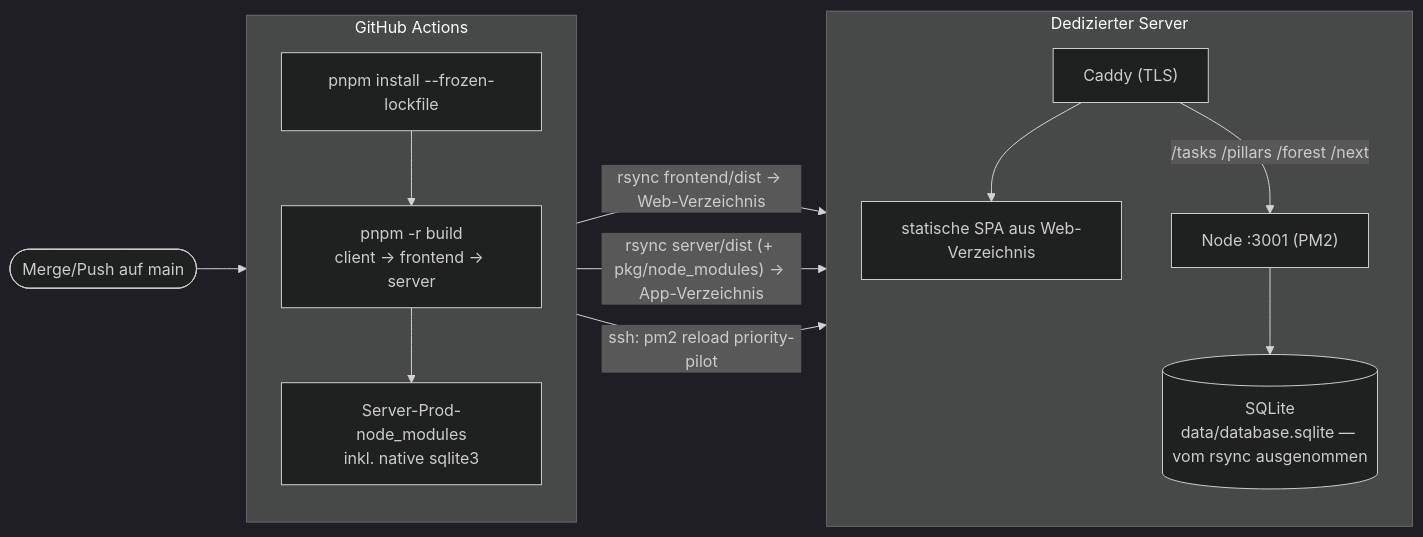
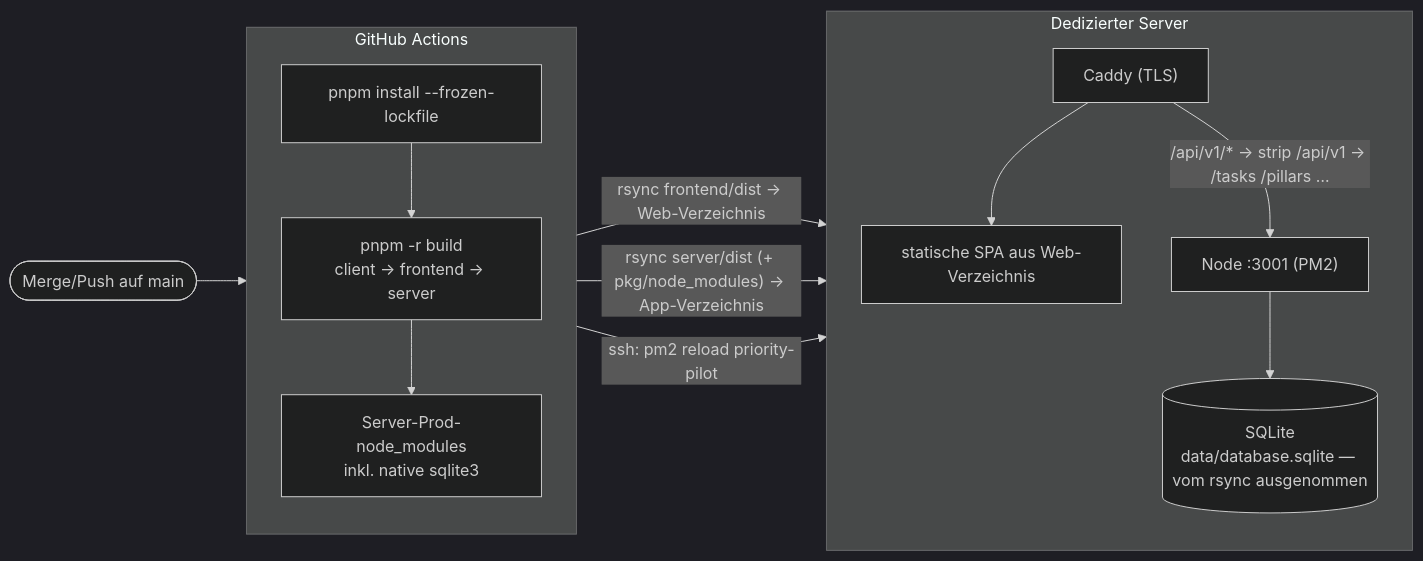
One commit to deleonio/priority-pilot changed the first of 2 diagrams in docs/deployment.md. Above: the diagram before and after it, drawn with Mermaid (dark theme). The commit also changed other lines of this file and 3 other files, not shown here.

Commit message:
docs: update Caddy config for /api/v1/* prefix routing (#171)

````diff
--- a/docs/deployment.md
+++ b/docs/deployment.md
@@ -34,21 +34,21 @@
 ```mermaid
 flowchart LR
     merge([Merge/Push auf main]) --> gha
 
     subgraph gha["GitHub Actions"]
         direction TB
         b1["pnpm install --frozen-lockfile"] --> b2["pnpm -r build<br/>client → frontend → server"]
         b2 --> b3["Server-Prod-node_modules<br/>inkl. native sqlite3"]
     end
 
     gha -- "rsync frontend/dist → Web-Verzeichnis" --> host
     gha -- "rsync server/dist (+ pkg/node_modules) → App-Verzeichnis" --> host
     gha -- "ssh: pm2 reload priority-pilot" --> host
 
     subgraph host["Dedizierter Server"]
         direction TB
         caddy["Caddy (TLS)"] --> spa["statische SPA aus Web-Verzeichnis"]
-        caddy -- "/tasks /pillars /forest /next" --> node["Node :3001 (PM2)"]
+        caddy -- "/api/v1/* → strip /api/v1 → /tasks /pillars …" --> node["Node :3001 (PM2)"]
         node --> db[("SQLite<br/>data/database.sqlite — vom rsync ausgenommen")]
     end
 ```
````
